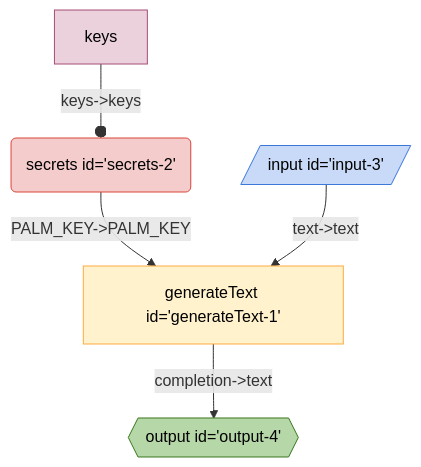
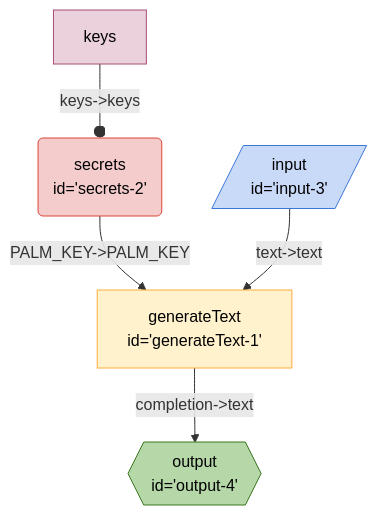
The diagram in seeds/graph-playground/docs/graphs/simplest.md (breadboard-ai/breadboard), drawn with Mermaid before and after one commit. The commit also changed 16 other files, not shown here.

First line of the commit message:
add line break back to mermaid diagrams

````diff
--- a/seeds/graph-playground/docs/graphs/simplest.md
+++ b/seeds/graph-playground/docs/graphs/simplest.md
@@ -5,16 +5,16 @@
   ```mermaid
   %%{init: 'themeVariables': { 'fontFamily': 'Fira Code, monospace' }}%%
 graph TD;
-secrets2("secrets id='secrets-2'"):::secrets -- "PALM_KEY->PALM_KEY" --> generateText1["generateText id='generateText-1'"]
-generateText1["generateText id='generateText-1'"] -- "completion->text" --> output4{{"output id='output-4'"}}:::output
-input3[/"input id='input-3'"/]:::input -- "text->text" --> generateText1["generateText id='generateText-1'"]
+secrets2("secrets <br> id='secrets-2'"):::secrets -- "PALM_KEY->PALM_KEY" --> generateText1["generateText <br> id='generateText-1'"]
+generateText1["generateText <br> id='generateText-1'"] -- "completion->text" --> output4{{"output <br> id='output-4'"}}:::output
+input3[/"input <br> id='input-3'"/]:::input -- "text->text" --> generateText1["generateText <br> id='generateText-1'"]
 keyssecrets2[keys]:::config -- "keys->keys" --o secrets2
 classDef default stroke:#ffab40,fill:#fff2ccff,color:#000
 classDef input stroke:#3c78d8,fill:#c9daf8ff,color:#000
 classDef output stroke:#38761d,fill:#b6d7a8ff,color:#000
 classDef passthrough stroke:#a64d79,fill:#ead1dcff,color:#000
 classDef slot stroke:#a64d79,fill:#ead1dcff,color:#000
 classDef config stroke:#a64d79,fill:#ead1dcff,color:#000
 classDef secrets stroke:#db4437,fill:#f4cccc,color:#000
 classDef slotted stroke:#a64d79
   ```
````
